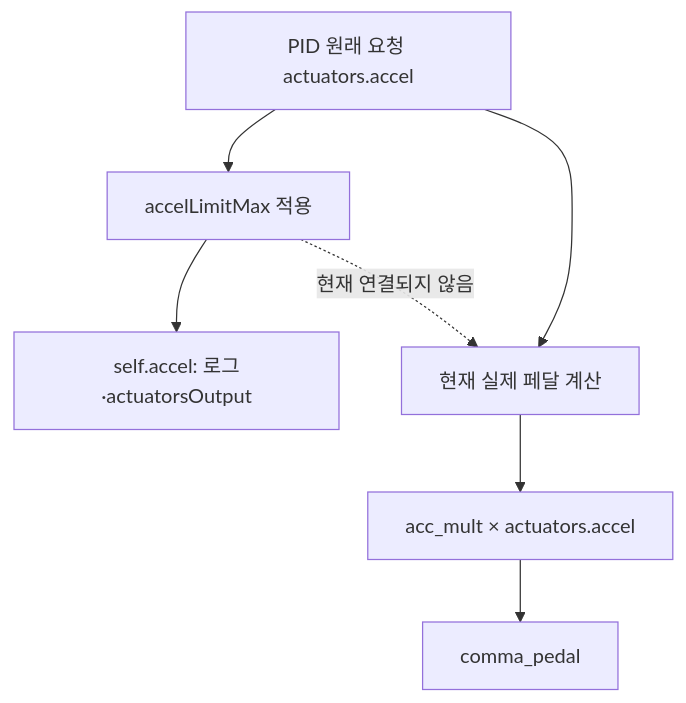
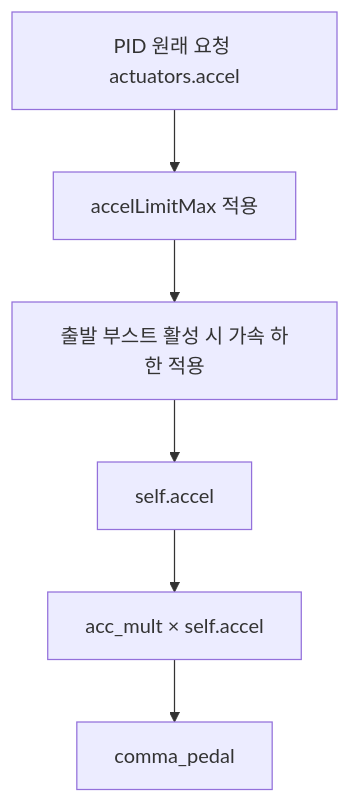
The fourth of 8 diagrams in docs/comma_pedal.md (parksunkyu81/equinox-0.8.14-origin), drawn with Mermaid before and after one commit. The commit also changed other lines of this file and 14 other files, not shown here.

````diff
--- a/docs/comma_pedal.md
+++ b/docs/comma_pedal.md
@@ -201,10 +200,8 @@
 ```mermaid
 flowchart TD
   A["PID 원래 요청 actuators.accel"] --> B["accelLimitMax 적용"]
-  B --> C["self.accel: 로그·actuatorsOutput"]
-  A --> D["현재 실제 페달 계산"]
-  D --> E["acc_mult × actuators.accel"]
+  B --> C["출발 부스트 활성 시 가속 하한 적용"]
+  C --> D["self.accel"]
+  D --> E["acc_mult × self.accel"]
   E --> F["comma_pedal"]
-
-  B -. "현재 연결되지 않음" .-> D
 ```
````
